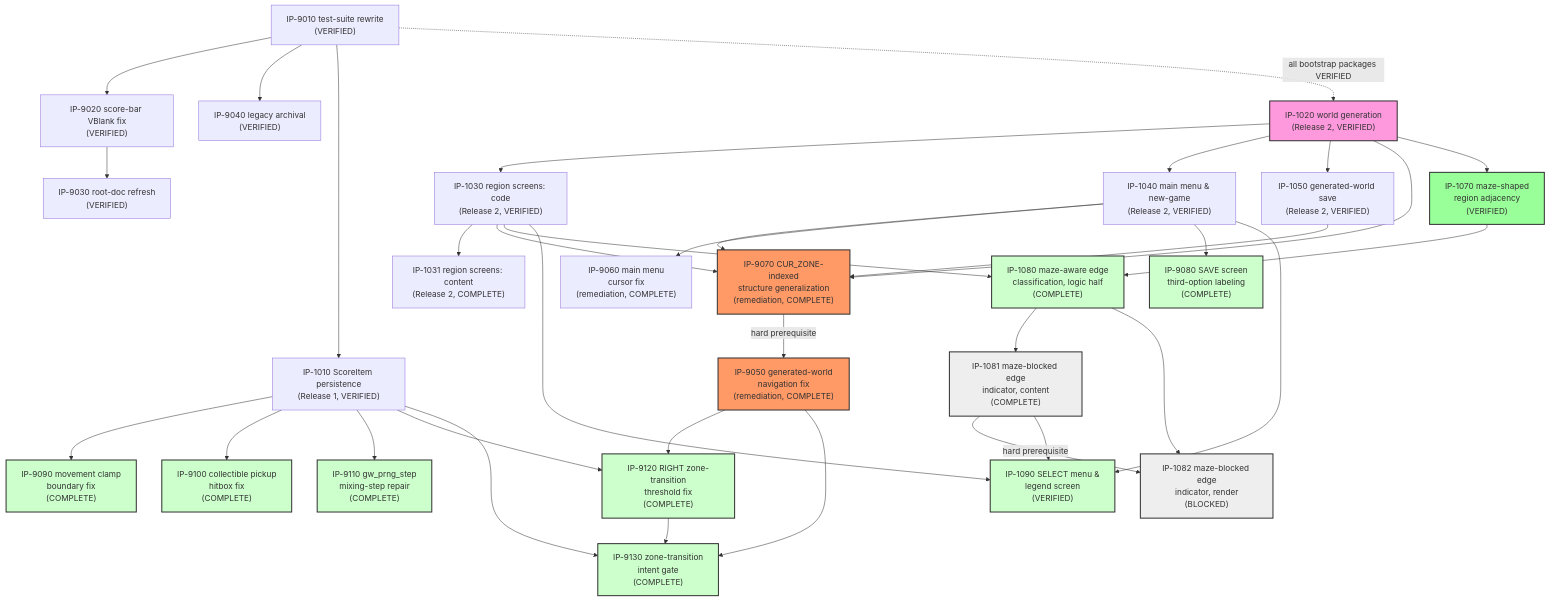
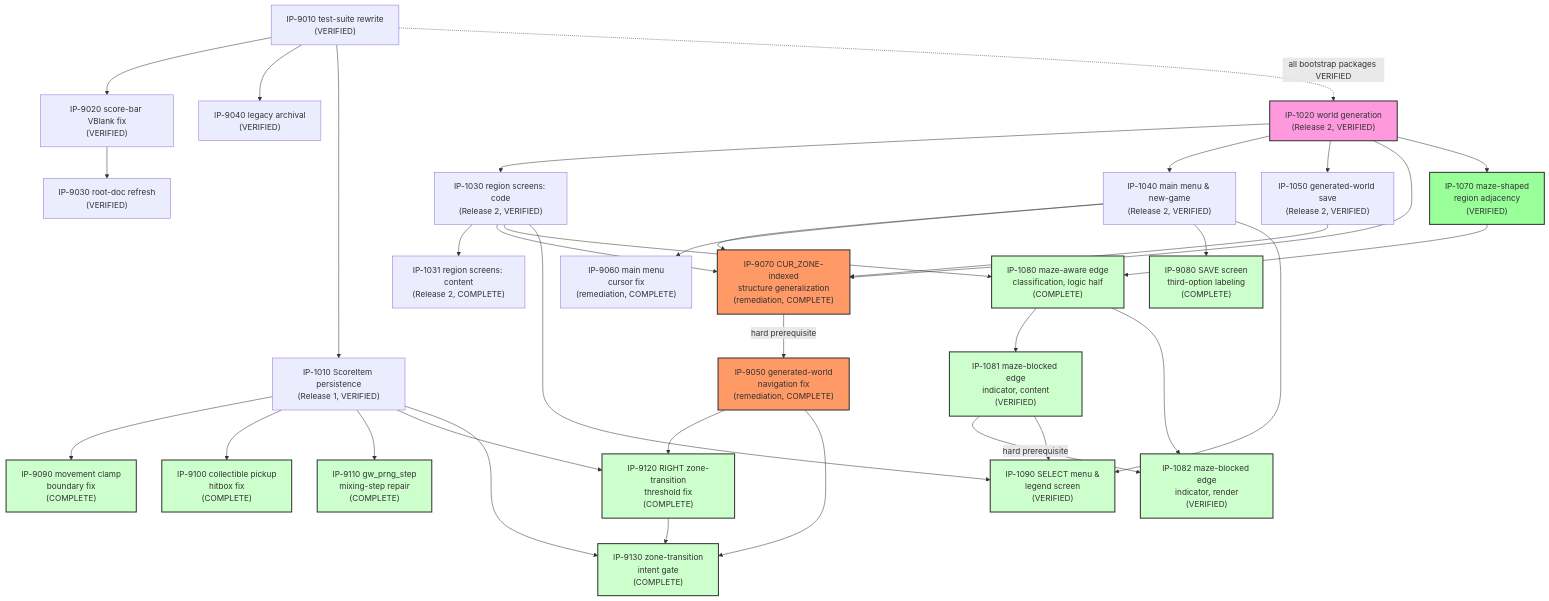
One commit to Zabin/RsGame changed the diagram in docs/implementation/00-master-build-plan.md. Above: the diagram before and after it, drawn with Mermaid. The commit also changed other lines of this file and 6 other files, not shown here.

First line of the commit message:
docs(verification): VR-1082 -- IP-1082 maze-blocked edge indicator (render) VERIFIED

```diff
--- a/docs/implementation/00-master-build-plan.md
+++ b/docs/implementation/00-master-build-plan.md
@@ -318,14 +320,14 @@
 
     style IP9130 fill:#cfc,stroke:#333,stroke-width:2px
 
-    IP1081["IP-1081 maze-blocked edge<br/>indicator, content<br/>(COMPLETE)"]
-    IP1082["IP-1082 maze-blocked edge<br/>indicator, render<br/>(BLOCKED)"]
+    IP1081["IP-1081 maze-blocked edge<br/>indicator, content<br/>(VERIFIED)"]
+    IP1082["IP-1082 maze-blocked edge<br/>indicator, render<br/>(VERIFIED)"]
     IP1080 --> IP1081
     IP1081 -->|hard prerequisite| IP1082
     IP1080 --> IP1082
 
-    style IP1081 fill:#eee,stroke:#333,stroke-width:2px
-    style IP1082 fill:#eee,stroke:#333,stroke-width:2px
+    style IP1081 fill:#cfc,stroke:#333,stroke-width:2px
+    style IP1082 fill:#cfc,stroke:#333,stroke-width:2px
 
     IP1090["IP-1090 SELECT menu &<br/>legend screen<br/>(VERIFIED)"]
     IP1040 --> IP1090
```
